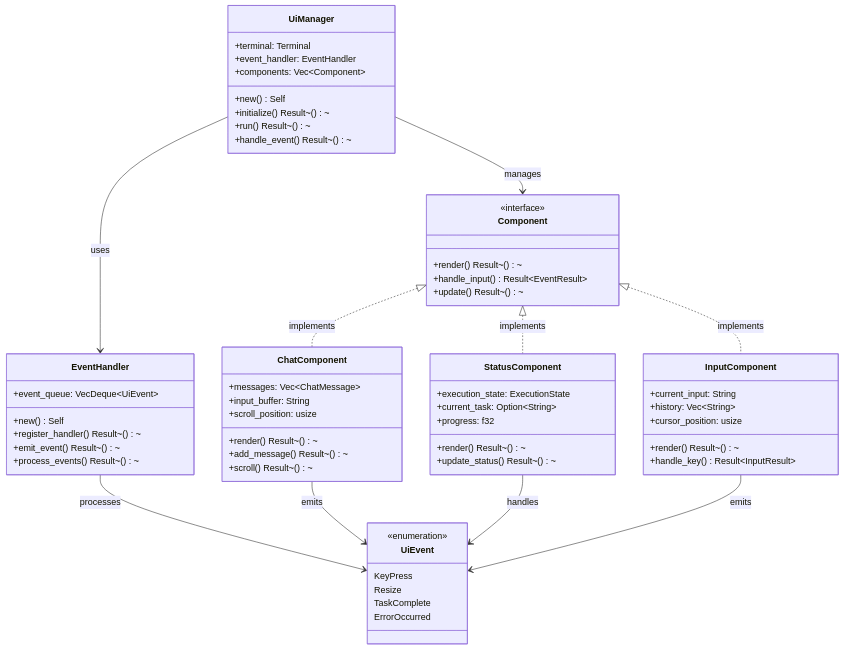
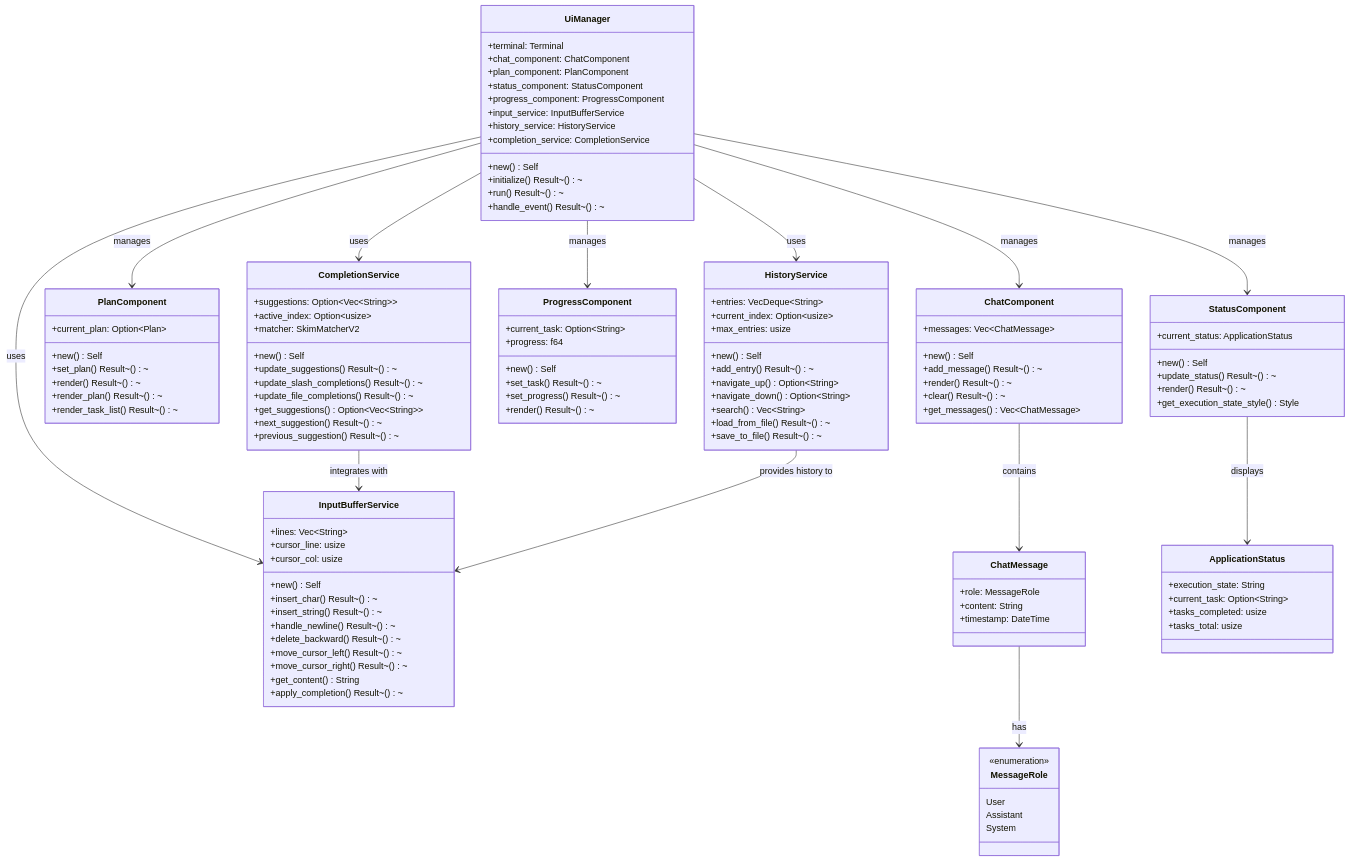
The fourth of 11 diagrams in docs/component-relationships.md (ReOpsIL/KAIX), drawn with Mermaid before and after one commit. The commit also changed other lines of this file and 12 other files, not shown here.

````diff
--- a/docs/component-relationships.md
+++ b/docs/component-relationships.md
@@ -201,69 +249,125 @@
 classDiagram
     class UiManager {
         +terminal: Terminal
-        +event_handler: EventHandler
-        +components: Vec~Component~
+        +chat_component: ChatComponent
+        +plan_component: PlanComponent
+        +status_component: StatusComponent
+        +progress_component: ProgressComponent
+        +input_service: InputBufferService
+        +history_service: HistoryService
+        +completion_service: CompletionService
         +new() Self
         +initialize() Result~()~
         +run() Result~()~
         +handle_event() Result~()~
     }
     
-    class EventHandler {
-        +event_queue: VecDeque~UiEvent~
+    class ChatComponent {
+        +messages: Vec~ChatMessage~
         +new() Self
-        +register_handler() Result~()~
-        +emit_event() Result~()~
-        +process_events() Result~()~
+        +add_message() Result~()~
+        +render() Result~()~
+        +clear() Result~()~
+        +get_messages() Vec~ChatMessage~
     }
     
-    class Component {
-        <<interface>>
+    class PlanComponent {
+        +current_plan: Option~Plan~
+        +new() Self
+        +set_plan() Result~()~
         +render() Result~()~
-        +handle_input() Result~EventResult~
-        +update() Result~()~
-    }
-    
-    class ChatComponent {
-        +messages: Vec~ChatMessage~
-        +input_buffer: String
-        +scroll_position: usize
-        +render() Result~()~
-        +add_message() Result~()~
-        +scroll() Result~()~
+        +render_plan() Result~()~
+        +render_task_list() Result~()~
     }
     
     class StatusComponent {
-        +execution_state: ExecutionState
-        +current_task: Option~String~
-        +progress: f32
+        +current_status: ApplicationStatus
+        +new() Self
+        +update_status() Result~()~
         +render() Result~()~
-        +update_status() Result~()~
+        +get_execution_state_style() Style
     }
     
-    class InputComponent {
-        +current_input: String
-        +history: Vec~String~
-        +cursor_position: usize
+    class ProgressComponent {
+        +current_task: Option~String~
+        +progress: f64
+        +new() Self
+        +set_task() Result~()~
+        +set_progress() Result~()~
         +render() Result~()~
-        +handle_key() Result~InputResult~
     }
     
-    class UiEvent {
-        <<enumeration>>
-        KeyPress
-        Resize
-        TaskComplete
-        ErrorOccurred
+    class InputBufferService {
+        +lines: Vec~String~
+        +cursor_line: usize
+        +cursor_col: usize
+        +new() Self
+        +insert_char() Result~()~
+        +insert_string() Result~()~
+        +handle_newline() Result~()~
+        +delete_backward() Result~()~
+        +move_cursor_left() Result~()~
+        +move_cursor_right() Result~()~
+        +get_content() String
+        +apply_completion() Result~()~
     }
     
-    UiManager --> EventHandler : uses
-    UiManager --> Component : manages
-    Component <|.. ChatComponent : implements
-    Component <|.. StatusComponent : implements
-    Component <|.. InputComponent : implements
-    EventHandler --> UiEvent : processes
-    ChatComponent --> UiEvent : emits
-    StatusComponent --> UiEvent : handles
-    InputComponent --> UiEvent : emits
+    class HistoryService {
+        +entries: VecDeque~String~
+        +current_index: Option~usize~
+        +max_entries: usize
+        +new() Self
+        +add_entry() Result~()~
+        +navigate_up() Option~String~
+        +navigate_down() Option~String~
+        +search() Vec~String~
+        +load_from_file() Result~()~
+        +save_to_file() Result~()~
+    }
+    
+    class CompletionService {
+        +suggestions: Option~Vec~String~~
+        +active_index: Option~usize~
+        +matcher: SkimMatcherV2
+        +new() Self
+        +update_suggestions() Result~()~
+        +update_slash_completions() Result~()~
+        +update_file_completions() Result~()~
+        +get_suggestions() Option~Vec~String~~
+        +next_suggestion() Result~()~
+        +previous_suggestion() Result~()~
+    }
+    
+    class ChatMessage {
+        +role: MessageRole
+        +content: String
+        +timestamp: DateTime
+    }
+    
+    class MessageRole {
+        <<enumeration>>
+        User
+        Assistant
+        System
+    }
+    
+    class ApplicationStatus {
+        +execution_state: String
+        +current_task: Option~String~
+        +tasks_completed: usize
+        +tasks_total: usize
+    }
+    
+    UiManager --> ChatComponent : manages
+    UiManager --> PlanComponent : manages
+    UiManager --> StatusComponent : manages
+    UiManager --> ProgressComponent : manages
+    UiManager --> InputBufferService : uses
+    UiManager --> HistoryService : uses
+    UiManager --> CompletionService : uses
+    ChatComponent --> ChatMessage : contains
+    ChatMessage --> MessageRole : has
+    StatusComponent --> ApplicationStatus : displays
+    CompletionService --> InputBufferService : integrates with
+    HistoryService --> InputBufferService : provides history to
 ```
````
